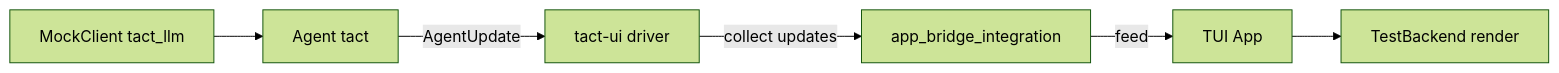
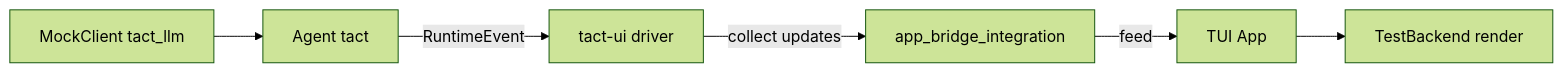
One commit to rust-infra/tact changed the diagram in book/24_chapter_testing_zh.md. Above: the diagram before and after it, drawn with Mermaid (forest theme). The commit also changed other lines of this file and 17 other files, not shown here.

First line of the commit message:
docs(book): the agent→TUI enum is RuntimeEvent, not AgentUpdate

````diff
--- a/book/24_chapter_testing_zh.md
+++ b/book/24_chapter_testing_zh.md
@@ -9,14 +9,14 @@
 ```mermaid
 flowchart LR
     Mock[MockClient tact_llm]
     Agent[Agent tact]
     Driver[tact-ui driver]
     App[TUI App]
     Render[TestBackend render]
 
     Mock --> Agent
-    Agent -->|AgentUpdate| Driver
+    Agent -->|RuntimeEvent| Driver
     Driver -->|collect updates| Bridge[app_bridge_integration]
     Bridge -->|feed| App
     App --> Render
 ```
````
